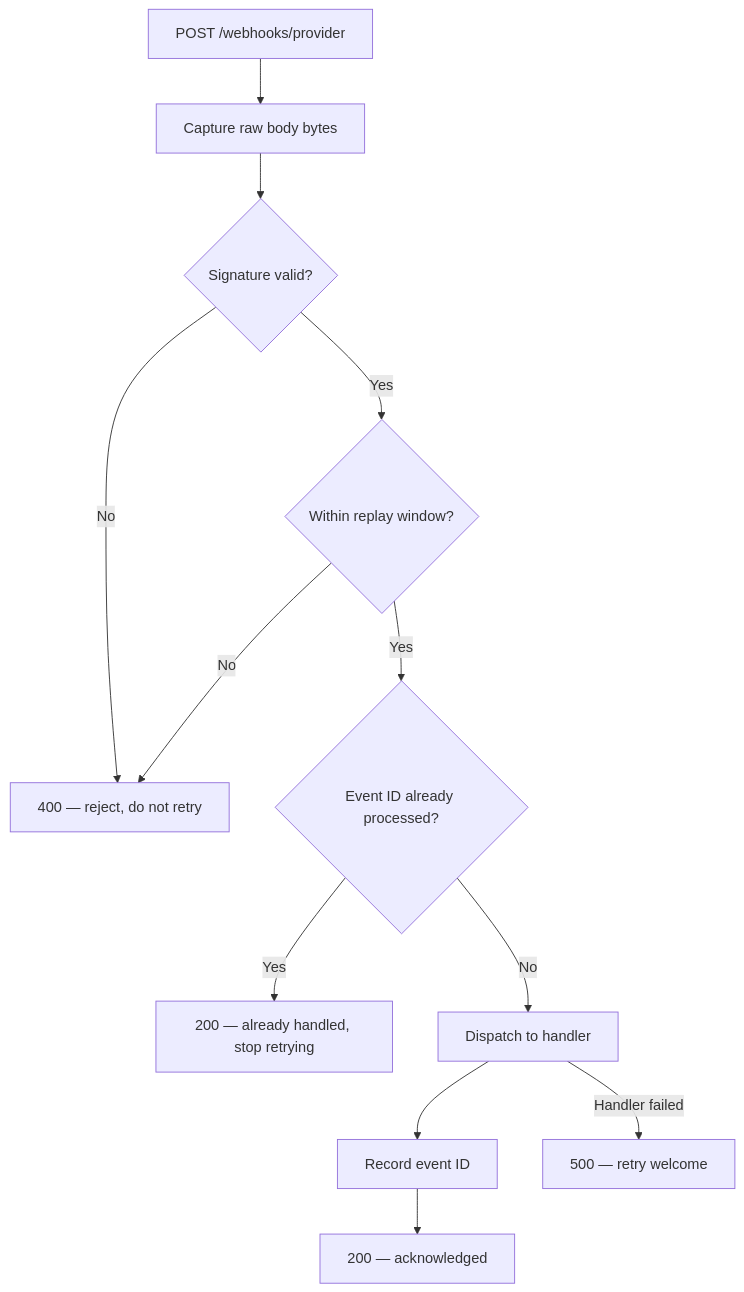
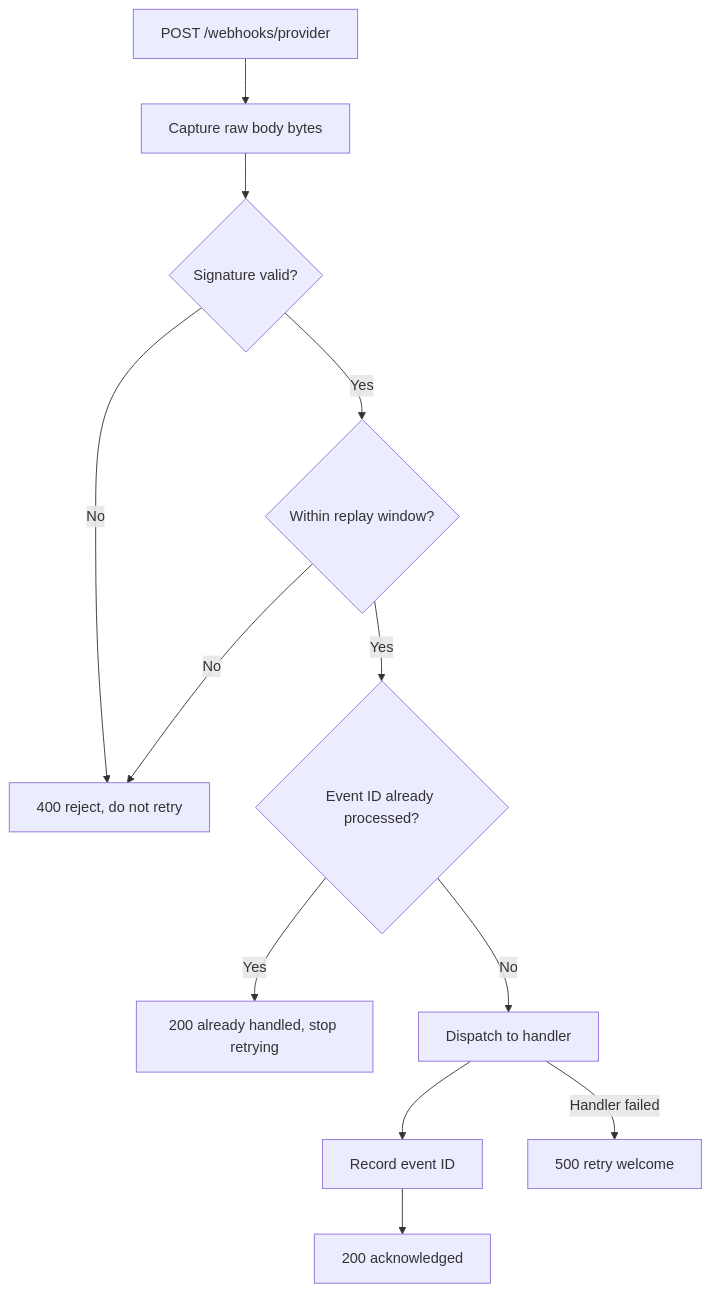
One commit to raishagzz/webhook-guard-py changed the diagram in README.md. Above: the diagram before and after it, drawn with Mermaid. The commit also changed other lines of this file, not shown here.

````diff
--- a/README.md
+++ b/README.md
@@ -25,14 +33,14 @@
 ```mermaid
 flowchart TD
     A[POST /webhooks/provider] --> B[Capture raw body bytes]
     B --> C{Signature valid?}
-    C -->|No| D[400 — reject, do not retry]
+    C -->|No| D[400 reject, do not retry]
     C -->|Yes| E{Within replay window?}
     E -->|No| D
     E -->|Yes| F{Event ID already processed?}
-    F -->|Yes| G[200 — already handled, stop retrying]
+    F -->|Yes| G[200 already handled, stop retrying]
     F -->|No| H[Dispatch to handler]
     H --> I[Record event ID]
-    I --> J[200 — acknowledged]
-    H -->|Handler failed| K[500 — retry welcome]
+    I --> J[200 acknowledged]
+    H -->|Handler failed| K[500 retry welcome]
 ```
````
